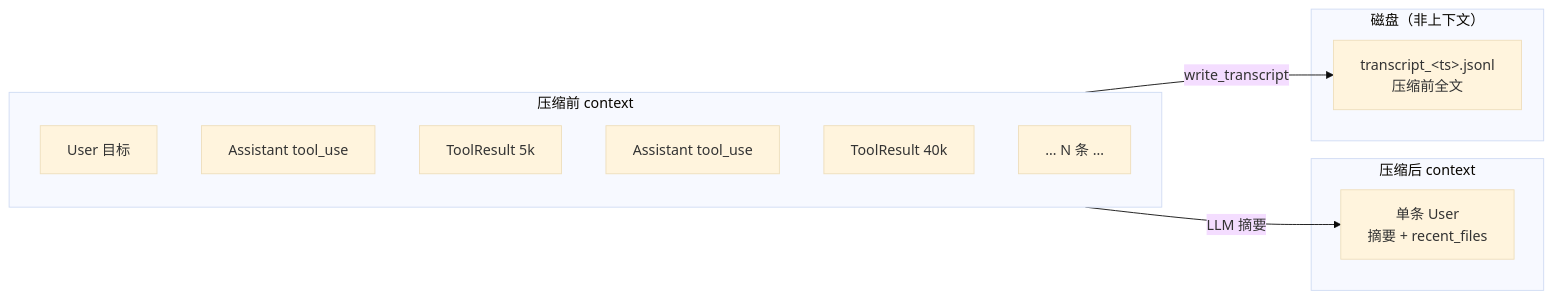
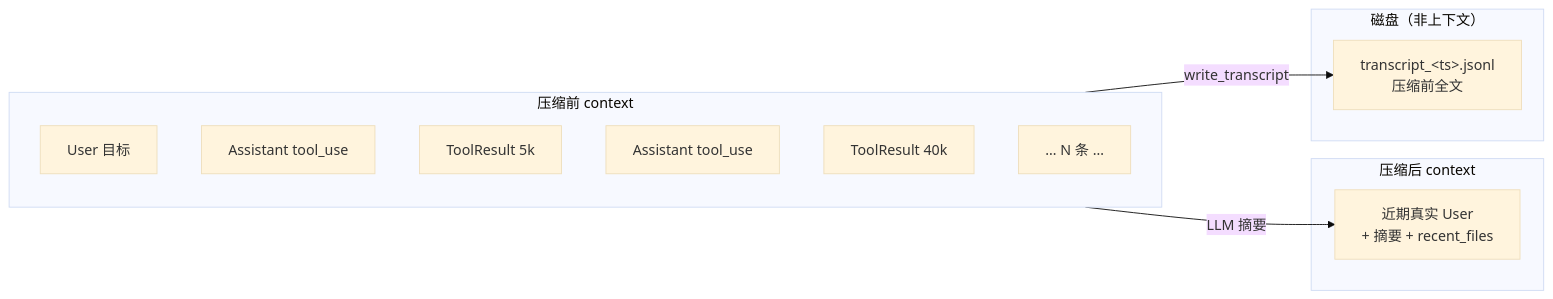
One commit to rust-infra/tact changed the tenth of 15 diagrams in book/05_chapter_compact_zh.md. Above: the diagram before and after it, drawn with Mermaid (base theme). The commit also changed other lines of this file and 5 other files, not shown here.

````diff
--- a/book/05_chapter_compact_zh.md
+++ b/book/05_chapter_compact_zh.md
@@ -411,22 +415,22 @@
 ```mermaid
 flowchart LR
     subgraph Before["压缩前 context"]
         B0["User 目标"]
         B1["Assistant tool_use"]
         B2["ToolResult 5k"]
         B3["Assistant tool_use"]
         B4["ToolResult 40k"]
         B5["… N 条 …"]
     end
 
     subgraph After["压缩后 context"]
-        A0["单条 User<br/>摘要 + recent_files"]
+        A0["近期真实 User<br/>+ 摘要 + recent_files"]
     end
 
     subgraph Disk["磁盘（非上下文）"]
         D0["transcript_&lt;ts&gt;.jsonl<br/>压缩前全文"]
     end
 
     Before -->|write_transcript| D0
     Before -->|LLM 摘要| A0
 ```
````
